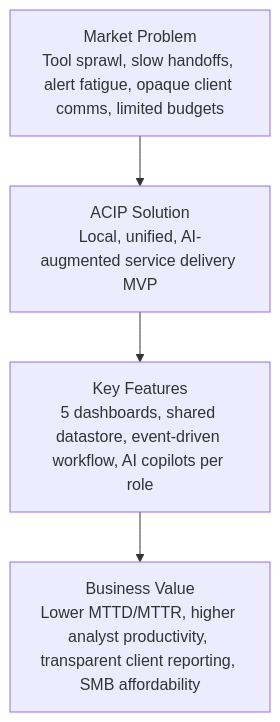
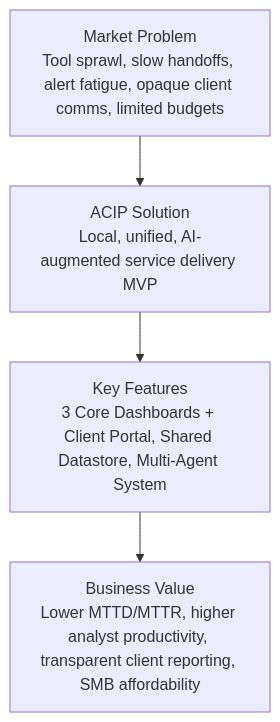
Before and after one commit to mahmoud01277599066-design/Advanced-Cybersecurity-Intelligence-Platform-v1: the first of 13 diagrams in 0 - Proposal.md, drawn with Mermaid. The commit also changed other lines of this file, not shown here.

First line of the commit message:
Revise ACIP proposal for clarity and structure

````diff
--- a/0 - Proposal.md
+++ b/0 - Proposal.md
@@ -10,6 +9,6 @@
 ```mermaid
 graph TD
-  A[Market Problem<br/>Tool sprawl, slow handoffs, alert fatigue, opaque client comms, limited budgets] --> B[ACIP Solution<br/>Local, unified, AI-augmented service delivery MVP]
-  B --> C[Key Features<br/>5 dashboards, shared datastore, event-driven workflow, AI copilots per role]
-  C --> D[Business Value<br/>Lower MTTD/MTTR, higher analyst productivity, transparent client reporting, SMB affordability]
+    A[Market Problem<br>Tool sprawl, slow handoffs, alert fatigue, opaque client comms, limited budgets] --> B[ACIP Solution<br>Local, unified, AI-augmented service delivery MVP]
+    B --> C[Key Features<br>3 Core Dashboards + Client Portal, Shared Datastore, Multi-Agent System]
+    C --> D[Business Value<br>Lower MTTD/MTTR, higher analyst productivity, transparent client reporting, SMB affordability]
 ```
````
